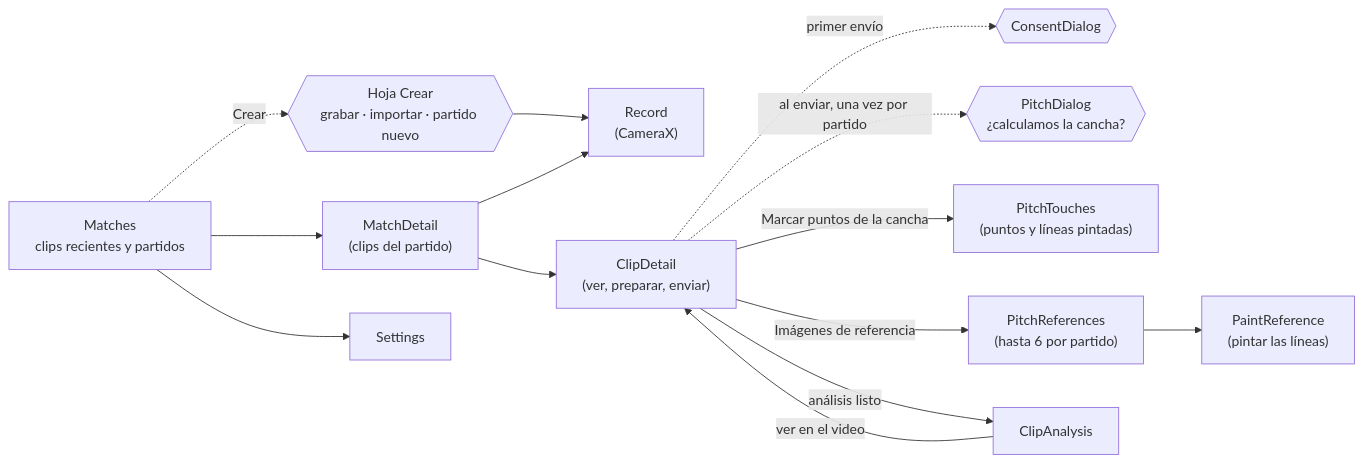
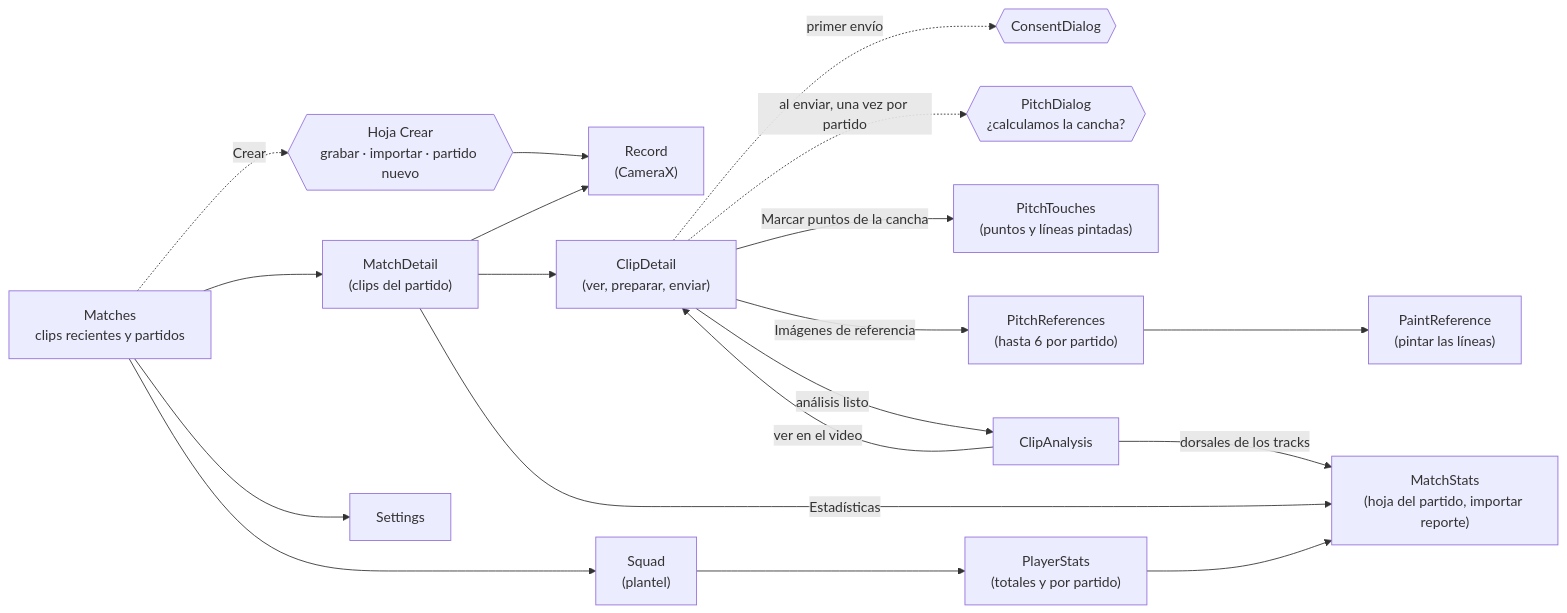
One commit to pepemxl/meta-ai-hackathon-2026 changed the second of 5 diagrams in docs/arquitectura/02-app-android.md. Above: the diagram before and after it, drawn with Mermaid. The commit also changed other lines of this file and 11 other files, not shown here.

First line of the commit message:
Agrega las pantallas de plantel y estadísticas y los dorsales de los tracks

````diff
--- a/docs/arquitectura/02-app-android.md
+++ b/docs/arquitectura/02-app-android.md
@@ -66,16 +66,21 @@
 ```mermaid
 flowchart LR
     M["Matches<br/>clips recientes y partidos"] --> MD["MatchDetail<br/>(clips del partido)"]
     M -.->|"Crear"| SH{{"Hoja Crear<br/>grabar · importar · partido nuevo"}}
     SH --> REC
     MD --> REC["Record<br/>(CameraX)"]
     MD --> CD["ClipDetail<br/>(ver, preparar, enviar)"]
     M --> S["Settings"]
     CD -.->|"primer envío"| CON{{"ConsentDialog"}}
     CD -.->|"al enviar, una vez por partido"| PD{{"PitchDialog<br/>¿calculamos la cancha?"}}
     CD -->|"Marcar puntos de la cancha"| PT["PitchTouches<br/>(puntos y líneas pintadas)"]
     CD -->|"Imágenes de referencia"| PR["PitchReferences<br/>(hasta 6 por partido)"]
     PR --> PA["PaintReference<br/>(pintar las líneas)"]
     CD -->|"análisis listo"| CA["ClipAnalysis"]
     CA -->|"ver en el video"| CD
+    CA -->|"dorsales de los tracks"| MS
+    M --> SQ["Squad<br/>(plantel)"]
+    SQ --> PS["PlayerStats<br/>(totales y por partido)"]
+    MD -->|"Estadísticas"| MS["MatchStats<br/>(hoja del partido, importar reporte)"]
+    PS --> MS
 ```
````
